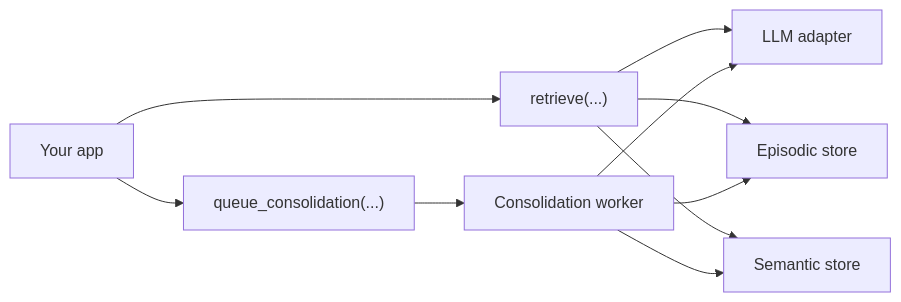
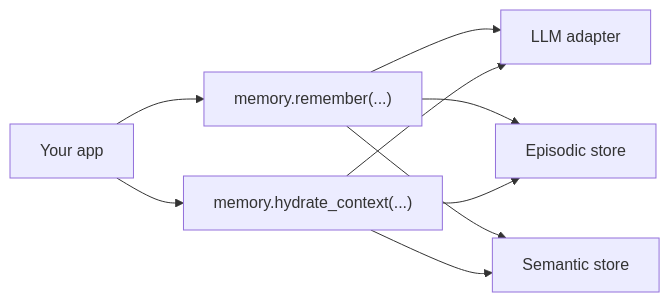
The diagram in README.md (nuncio-labs/gist-lattice), drawn with Mermaid before and after one commit. The commit also changed other lines of this file and 24 other files, not shown here.

````diff
--- a/README.md
+++ b/README.md
@@ -127,12 +93,11 @@
 ```mermaid
 flowchart LR
-    App["Your app"] --> Retrieve["retrieve(...)"]
-    Retrieve --> LLM["LLM adapter"]
-    Retrieve --> Episodic["Episodic store"]
-    Retrieve --> Semantic["Semantic store"]
-    App --> Queue["queue_consolidation(...)"]
-    Queue --> Worker["Consolidation worker"]
-    Worker --> LLM
-    Worker --> Episodic
-    Worker --> Semantic
+    App["Your app"] --> Memory["memory.remember(...)"]
+    App --> Retrieve["memory.hydrate_context(...)"]
+    Memory --> LLM["LLM adapter"]
+    Retrieve --> LLM
+    Memory --> Episodic["Episodic store"]
+    Memory --> Semantic["Semantic store"]
+    Retrieve --> Episodic
+    Retrieve --> Semantic
 ```
````
